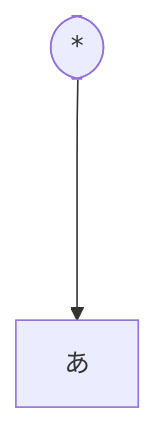
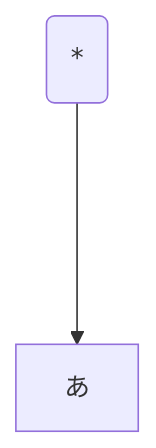
One commit to MathotaGamma/MathotaGamma.github.io changed the diagram in document/math-expression-parser.md. Above: the diagram before and after it, drawn with Mermaid.

````diff
--- a/document/math-expression-parser.md
+++ b/document/math-expression-parser.md
@@ -316,5 +316,5 @@
 ```mermaid
 flowchart TD
-  A([*])
+  A(*)
   A ----> B[あ]
 ```
````
